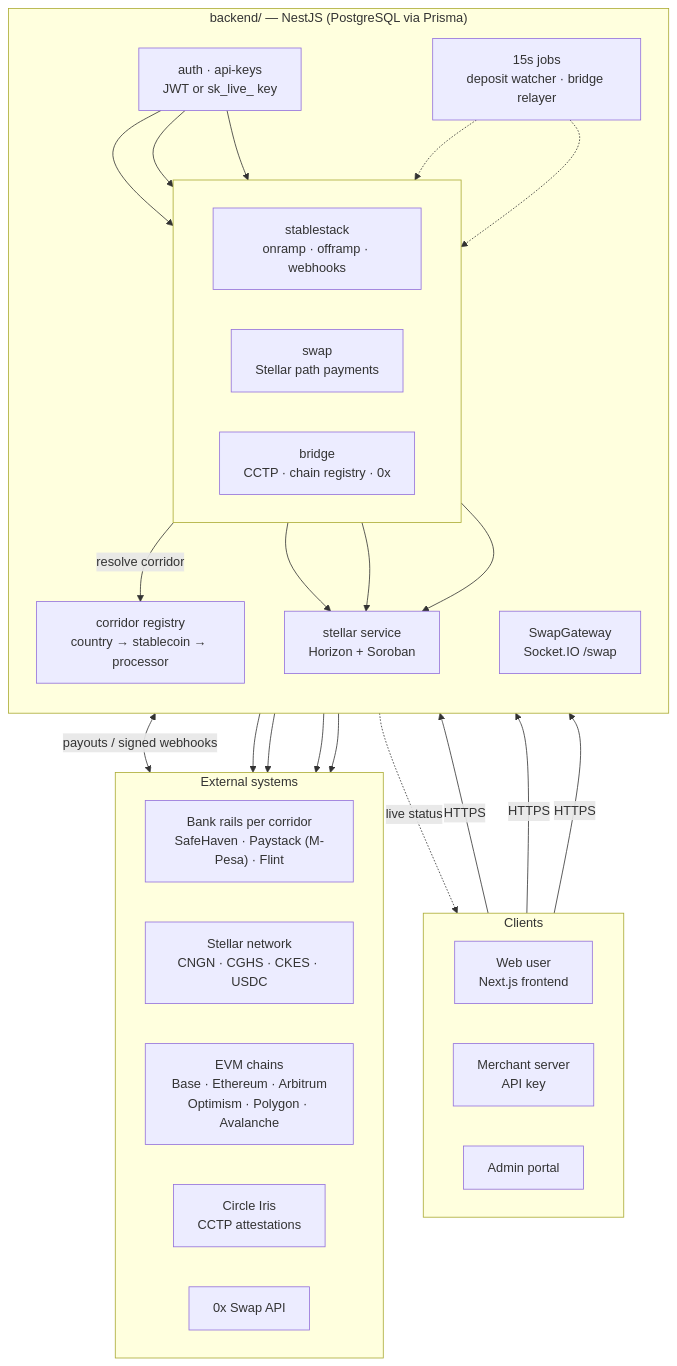
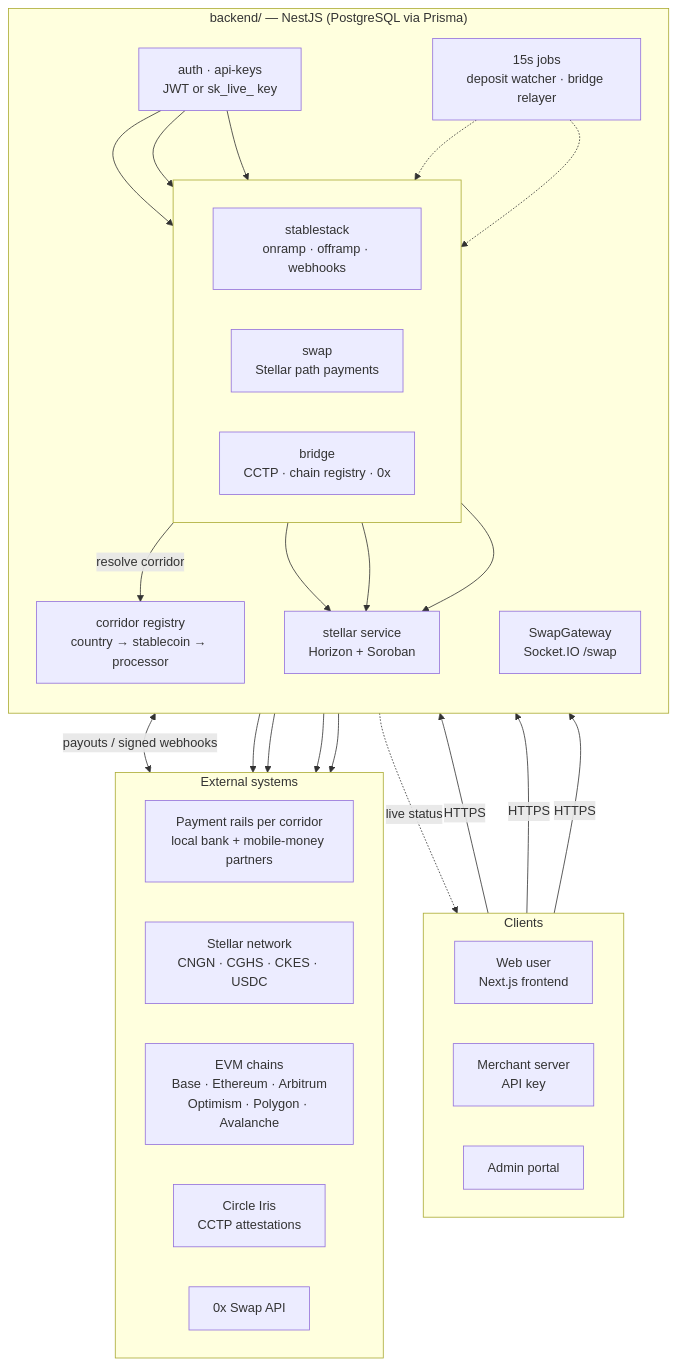
One commit to thebuidl-grid/autoramp-stellar-app changed the first of 2 diagrams in README.md. Above: the diagram before and after it, drawn with Mermaid. The commit also changed other lines of this file and 1 other file, not shown here.

First line of the commit message:
docs: describe payment rails generically in the READMEs

````diff
--- a/README.md
+++ b/README.md
@@ -36,46 +36,46 @@
 ```mermaid
 flowchart TB
   subgraph Clients
     direction LR
     U["Web user<br/>Next.js frontend"]
     M["Merchant server<br/>API key"]
     A["Admin portal"]
   end
 
   subgraph Backend["backend/ — NestJS (PostgreSQL via Prisma)"]
     direction TB
     AUTH["auth · api-keys<br/>JWT or sk_live_ key"]
     subgraph Services[" "]
       direction LR
       SS["stablestack<br/>onramp · offramp · webhooks"]
       SW["swap<br/>Stellar path payments"]
       BR["bridge<br/>CCTP · chain registry · 0x"]
     end
     COR["corridor registry<br/>country → stablecoin → processor"]
     ST["stellar service<br/>Horizon + Soroban"]
     JOBS["15s jobs<br/>deposit watcher · bridge relayer"]
     WS["SwapGateway<br/>Socket.IO /swap"]
   end
 
   subgraph External["External systems"]
     direction LR
-    RAILS["Bank rails per corridor<br/>SafeHaven · Paystack (M-Pesa) · Flint"]
+    RAILS["Payment rails per corridor<br/>local bank + mobile-money partners"]
     XLM["Stellar network<br/>CNGN · CGHS · CKES · USDC"]
     EVM["EVM chains<br/>Base · Ethereum · Arbitrum<br/>Optimism · Polygon · Avalanche"]
     IRIS["Circle Iris<br/>CCTP attestations"]
     ZX["0x Swap API"]
   end
 
   U & M & A -->|HTTPS| AUTH
   AUTH --> SS & SW & BR
   SS -->|resolve corridor| COR
   SS <-->|payouts / signed webhooks| RAILS
   SS & SW & BR --> ST
   ST --> XLM
   BR --> EVM
   BR --> IRIS
   BR --> ZX
   JOBS -.-> SS
   JOBS -.-> BR
   WS -.->|live status| U
 ```
````
